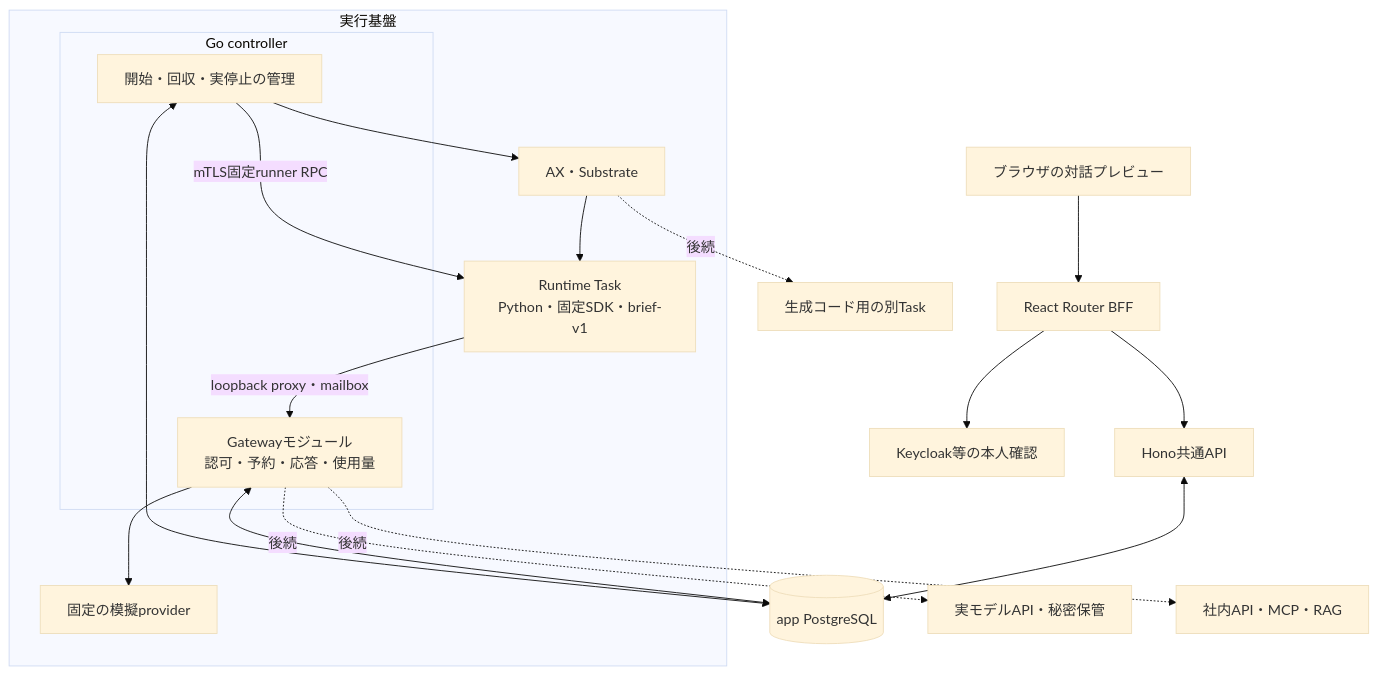
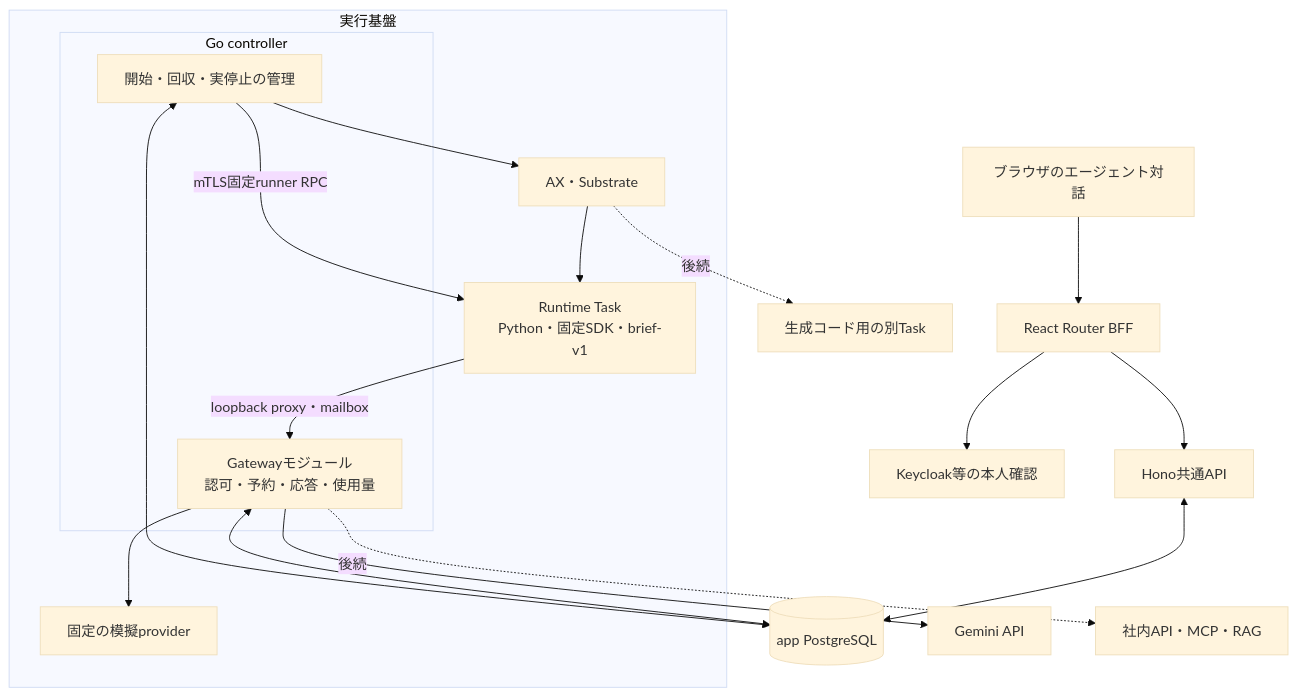
Before and after one commit to sori883/agent-workspace: the diagram in docs/agent-runtime-design.md, drawn with Mermaid (base theme). The commit also changed other lines of this file and 51 other files, not shown here.

````diff
--- a/docs/agent-runtime-design.md
+++ b/docs/agent-runtime-design.md
@@ -13,23 +13,23 @@
 ```mermaid
 flowchart TD
-  Browser[ブラウザの対話プレビュー] --> BFF[React Router BFF]
+  Browser[ブラウザのエージェント対話] --> BFF[React Router BFF]
   BFF --> IDP[Keycloak等の本人確認]
   BFF --> API[Hono共通API]
   API <--> DB[(app PostgreSQL)]
   subgraph Execution[実行基盤]
     subgraph Go[Go controller]
       Controller[開始・回収・実停止の管理]
       Gateway[Gatewayモジュール<br/>認可・予約・応答・使用量]
     end
     AX[AX・Substrate] --> Runtime[Runtime Task<br/>Python・固定SDK・brief-v1]
     Controller --> AX
     Controller -->|mTLS固定runner RPC| Runtime
     Runtime -->|loopback proxy・mailbox| Gateway
     Gateway --> Mock[固定の模擬provider]
   end
   Controller <--> DB
   Gateway <--> DB
-  Gateway -. 後続 .-> Model[実モデルAPI・秘密保管]
+  Gateway --> Model[Gemini API]
   Gateway -. 後続 .-> Corp[社内API・MCP・RAG]
   AX -. 後続 .-> Code[生成コード用の別Task]
 ```
````
